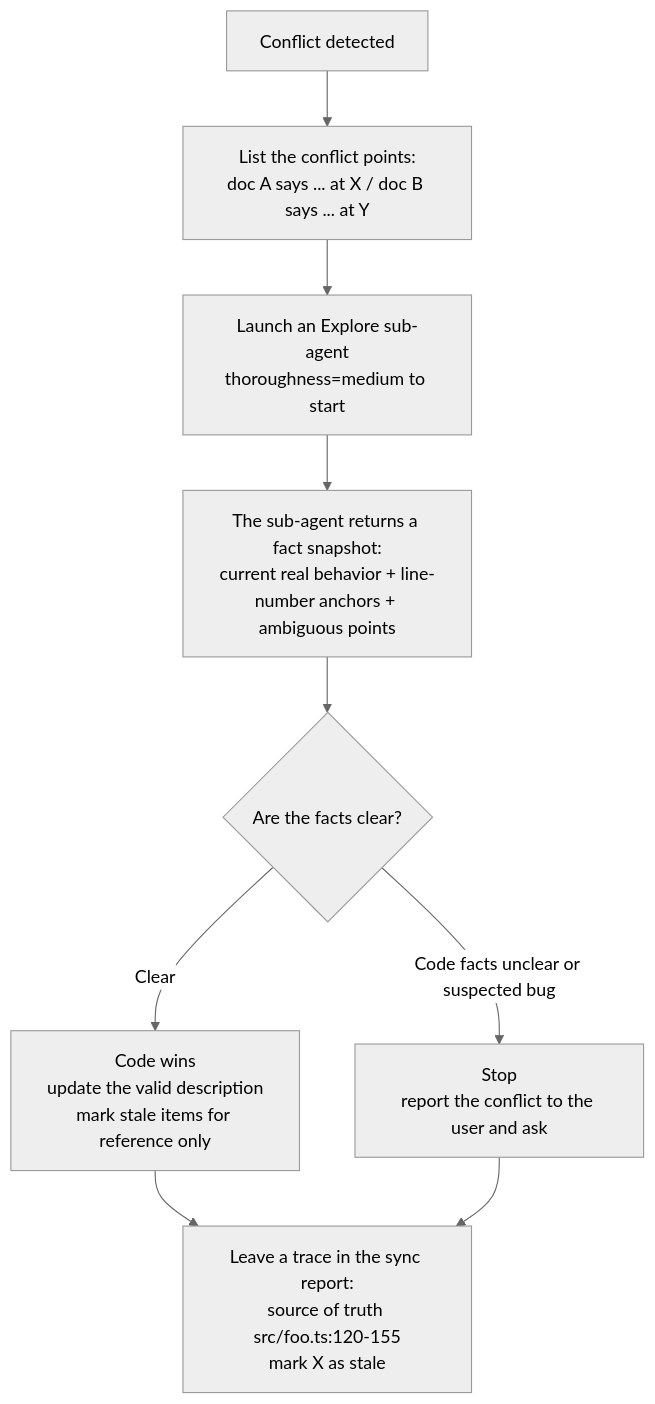
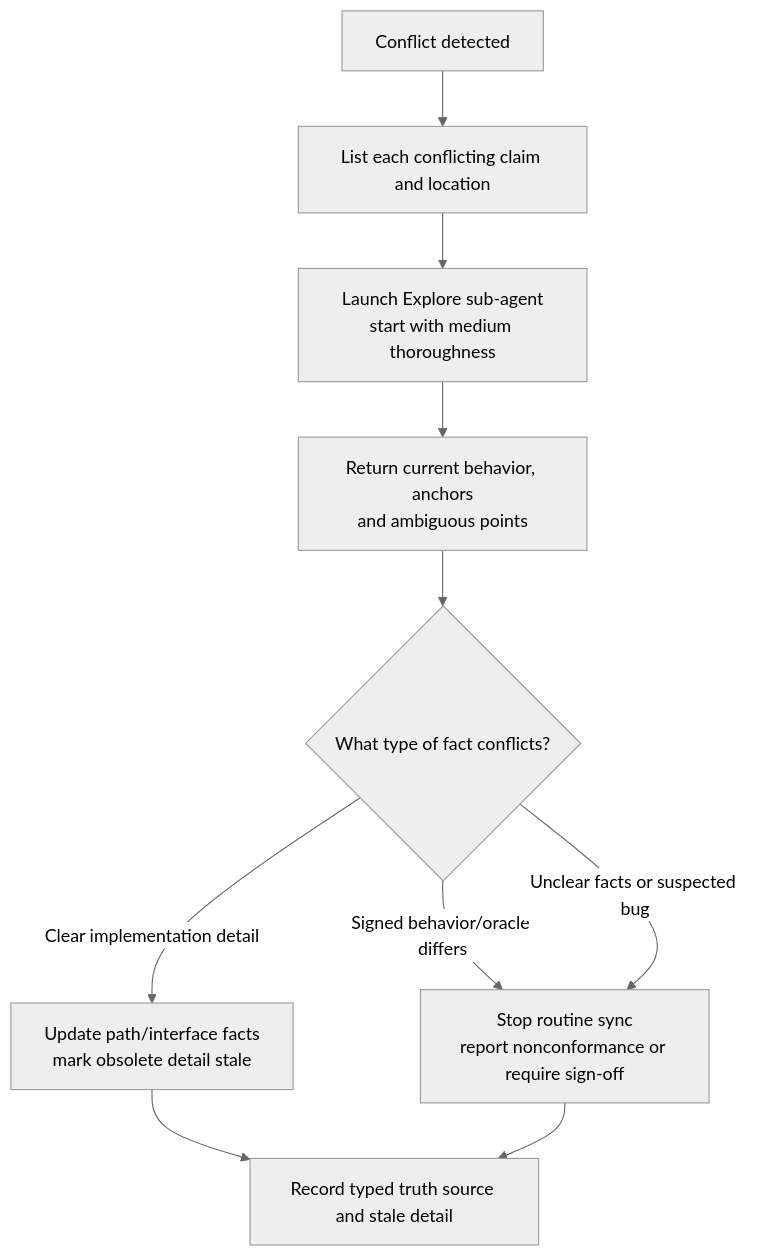
The third of 3 diagrams in fibo-conventions/references/conventions/sync.md (Alenkz12/FiboSkills), drawn with Mermaid (neutral theme) before and after one commit. The commit also changed other lines of this file and 96 other files, not shown here.

````diff
--- a/fibo-conventions/references/conventions/sync.md
+++ b/fibo-conventions/references/conventions/sync.md
@@ -215,11 +231,12 @@
 ```mermaid
 flowchart TD
-  A[Conflict detected] --> B[List the conflict points:<br/>doc A says ... at X / doc B says ... at Y]
-  B --> C[Launch an Explore sub-agent<br/>thoroughness=medium to start]
-  C --> D[The sub-agent returns a fact snapshot:<br/>current real behavior + line-number anchors + ambiguous points]
-  D --> E{Are the facts clear?}
-  E -->|Clear| F[Code wins<br/>update the valid description<br/>mark stale items for reference only]
-  E -->|Code facts unclear or suspected bug| G[Stop<br/>report the conflict to the user and ask]
-  F --> H[Leave a trace in the sync report:<br/>source of truth src/foo.ts:120-155<br/>mark X as stale]
-  G --> H
+  conflict_detected_001["Conflict detected"] --> list_conflicts_002["List each conflicting claim and location"]
+  list_conflicts_002 --> explore_facts_003["Launch Explore sub-agent<br/>start with medium thoroughness"]
+  explore_facts_003 --> fact_snapshot_004["Return current behavior, anchors<br/>and ambiguous points"]
+  fact_snapshot_004 --> conflict_type_005{"What type of fact conflicts?"}
+  conflict_type_005 -->|Clear implementation detail| update_facts_006["Update path/interface facts<br/>mark obsolete detail stale"]
+  conflict_type_005 -->|Signed behavior/oracle differs| stop_sync_007["Stop routine sync<br/>report nonconformance or require sign-off"]
+  conflict_type_005 -->|Unclear facts or suspected bug| stop_sync_007
+  update_facts_006 --> trace_report_008["Record typed truth source and stale detail"]
+  stop_sync_007 --> trace_report_008
 ```
````
